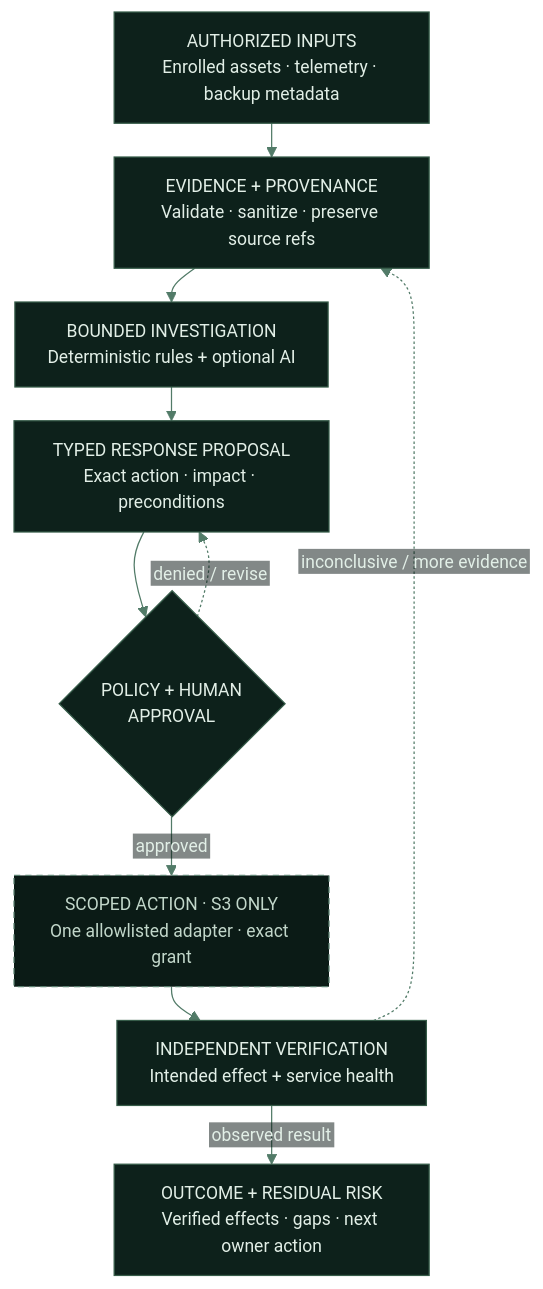
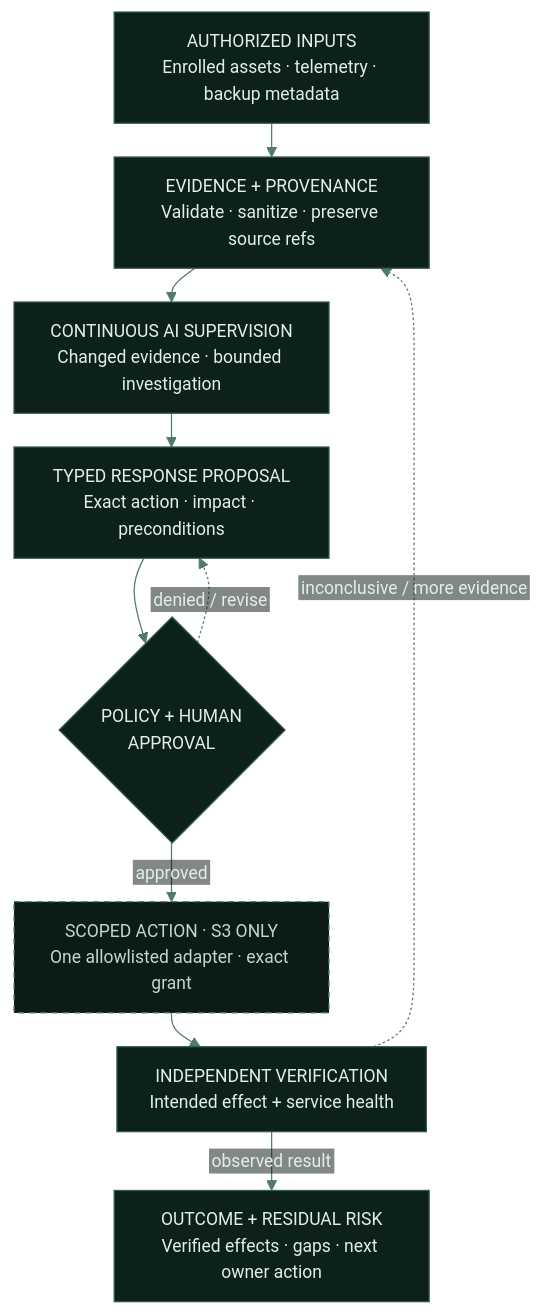
One commit to LumosLab-Innovation/OpenShieldAI changed the diagram in site/defense-flow.mmd. Above: the diagram before and after it, drawn with Mermaid. The commit also changed 28 other files, not shown here.

Commit message:
docs: ground defense architecture in control points and continuous AI

```diff
--- a/site/defense-flow.mmd
+++ b/site/defense-flow.mmd
@@ -1,44 +1,44 @@
 ---
 config:
   theme: base
   securityLevel: strict
   themeVariables:
     background: '#071211'
     primaryColor: '#0d211b'
     primaryTextColor: '#e2efe7'
     primaryBorderColor: '#365c49'
     lineColor: '#527b68'
     secondaryColor: '#10291f'
     tertiaryColor: '#0b1b16'
     edgeLabelBackground: '#071211'
     fontFamily: 'Segoe UI, Arial, sans-serif'
     fontSize: '14px'
   flowchart:
     htmlLabels: false
     curve: basis
     nodeSpacing: 26
     rankSpacing: 27
     padding: 13
 ---
 flowchart TD
   accTitle: Proposed OpenShieldAI defense architecture
   accDescr: Authorized inputs flow through evidence validation, bounded investigation and a typed proposal. Policy and exact human approval precede the future S3 action adapter. Independent verification determines outcomes. Denied proposals are revised; inconclusive checks return for evidence. This is a proposed design, not a live system.
   INPUT["AUTHORIZED INPUTS<br/>Enrolled assets · telemetry · backup metadata"]
   EVIDENCE["EVIDENCE + PROVENANCE<br/>Validate · sanitize · preserve source refs"]
-  REASON["BOUNDED INVESTIGATION<br/>Deterministic rules + optional AI"]
+  REASON["CONTINUOUS AI SUPERVISION<br/>Changed evidence · bounded investigation"]
   PROPOSAL["TYPED RESPONSE PROPOSAL<br/>Exact action · impact · preconditions"]
   GATE{"POLICY + HUMAN<br/>APPROVAL"}
   ACTION["SCOPED ACTION · S3 ONLY<br/>One allowlisted adapter · exact grant"]
   VERIFY["INDEPENDENT VERIFICATION<br/>Intended effect + service health"]
   OUTCOME["OUTCOME + RESIDUAL RISK<br/>Verified effects · gaps · next owner action"]
   INPUT --> EVIDENCE
   EVIDENCE --> REASON
   REASON --> PROPOSAL
   PROPOSAL --> GATE
   GATE -->|approved| ACTION
   GATE -.->|denied / revise| PROPOSAL
   ACTION --> VERIFY
   VERIFY -->|observed result| OUTCOME
   VERIFY -.->|inconclusive / more evidence| EVIDENCE
   classDef future fill:#0b1b16,stroke:#5b8070,stroke-dasharray:5 4,color:#c2d7ca
   class ACTION future
```
